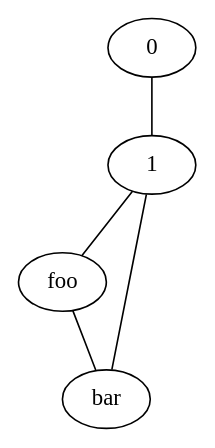
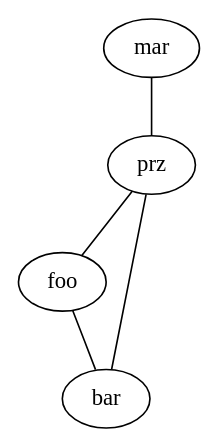
Before and after one commit to 91marek/alternate-path: the diagram in data/example1.dot, drawn with Graphviz. The commit also changed 3 other files, not shown here.

```diff
--- a/data/example1.dot
+++ b/data/example1.dot
@@ -1,7 +1,7 @@
 graph foo {
   edge [weight="10"];
-  0 -- 1 [weight="3.14159"];
-  1 -- foo [weight="2.71828"];
+  mar -- prz [weight="3.14159"];
+  prz -- foo [weight="2.71828"];
   foo -- bar;
-  bar -- 1;
+  bar -- prz;
 }
```
